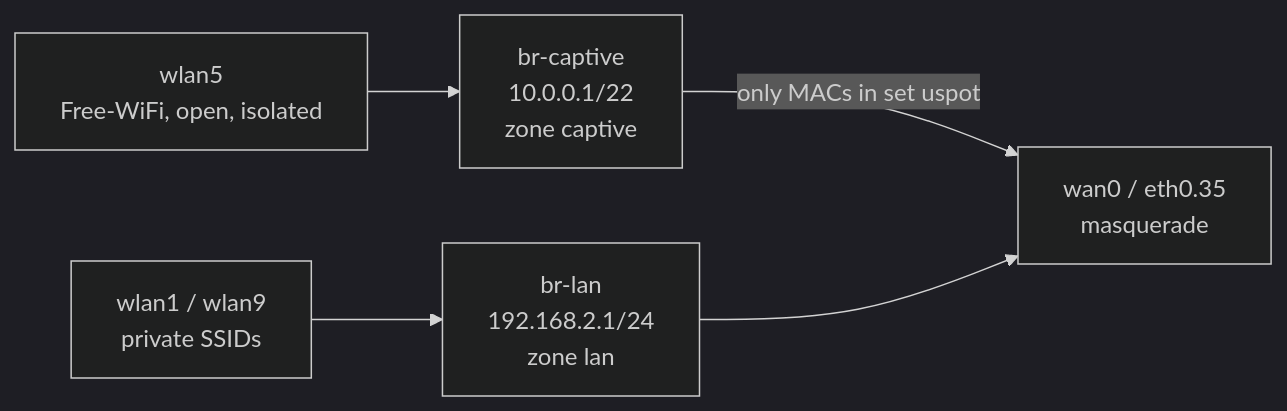
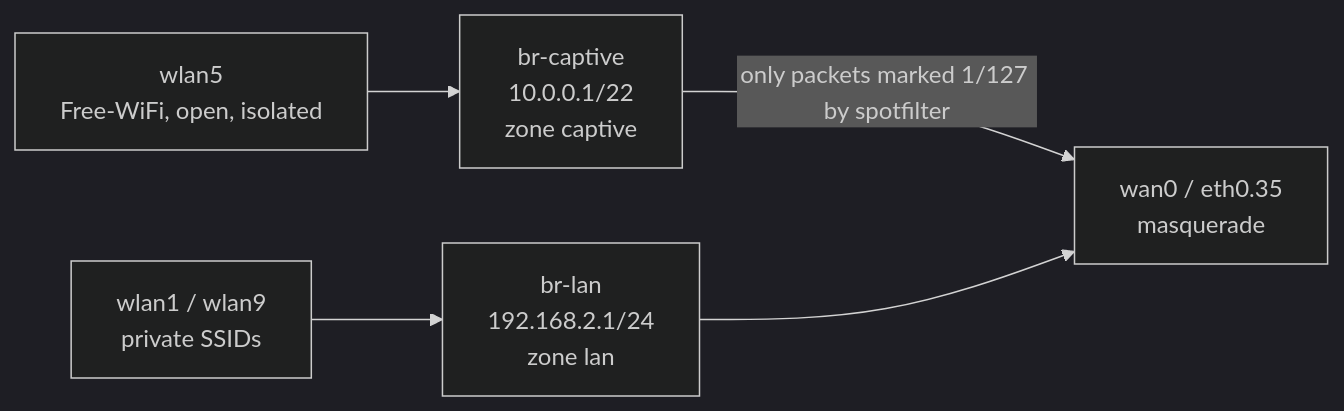
The seventh of 13 diagrams in src/content/blog/captive-portal.md (ducndc/ducndc.github.io), drawn with Mermaid (dark theme) before and after one commit. The commit also changed other lines of this file, not shown here.

````diff
--- a/src/content/blog/captive-portal.md
+++ b/src/content/blog/captive-portal.md
@@ -366,7 +453,7 @@
 ```mermaid
 flowchart LR
     W1["wlan5<br/>Free-WiFi, open, isolated"] --> BC["br-captive<br/>10.0.0.1/22<br/>zone captive"]
     W2["wlan1 / wlan9<br/>private SSIDs"] --> BL["br-lan<br/>192.168.2.1/24<br/>zone lan"]
-    BC -- "only MACs in set uspot" --> WAN["wan0 / eth0.35<br/>masquerade"]
+    BC -- "only packets marked 1/127 by spotfilter" --> WAN["wan0 / eth0.35<br/>masquerade"]
     BL --> WAN
 ```
````
